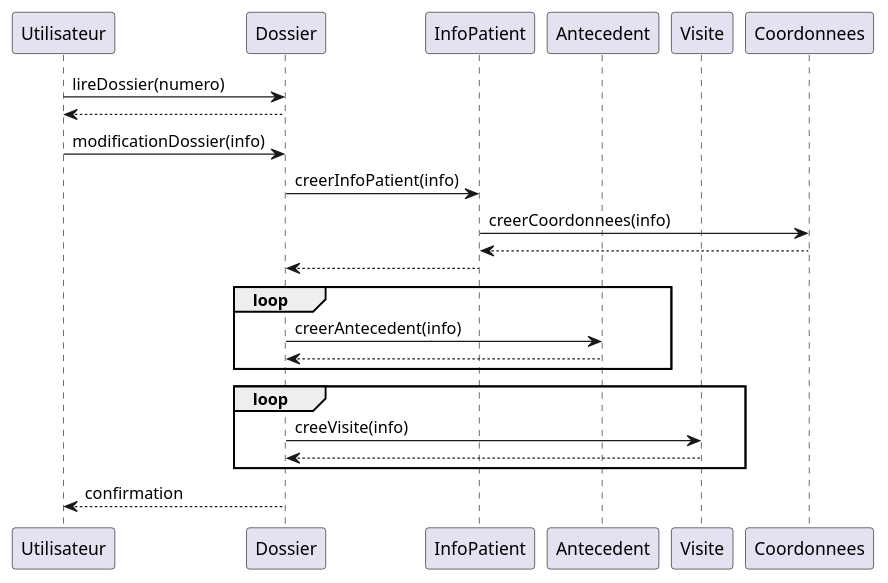
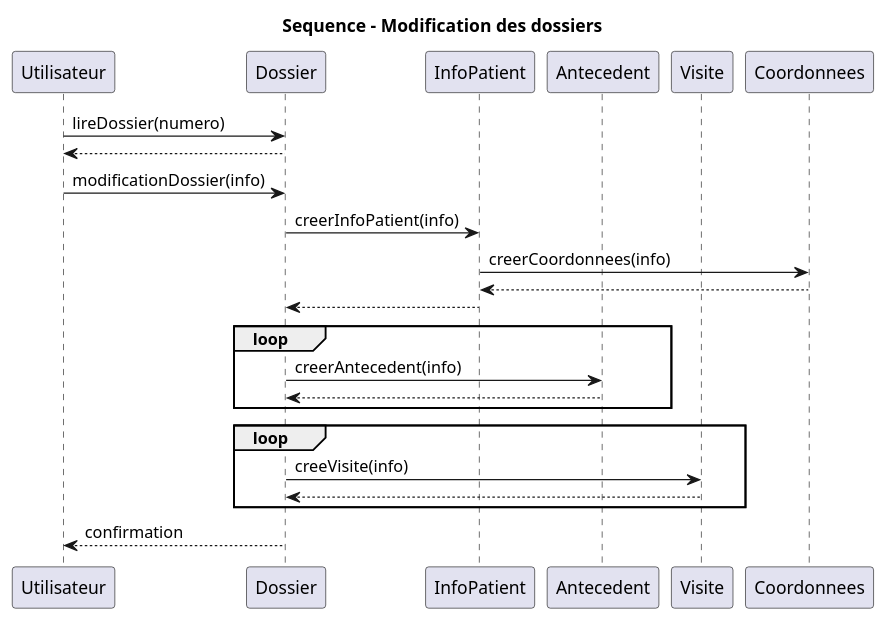
One commit to vbrayuqam/projet-genielog changed the diagram in sequenceModificationDossier.puml. Above: the diagram before and after it, drawn with PlantUML. The commit also changed 6 other files, not shown here.

```diff
--- a/sequenceModificationDossier.puml
+++ b/sequenceModificationDossier.puml
@@ -1,27 +1,29 @@
 @startuml sequenceModificationPatient
+
+title Sequence - Modification des dossiers
 
 participant Utilisateur as U
 participant Dossier as D
 participant InfoPatient as I
 participant Antecedent as A
 participant Visite as V
 participant Coordonnees as C
 
 U -> D: lireDossier(numero)
 D --> U
 U -> D: modificationDossier(info)
 D -> I: creerInfoPatient(info)
 I -> C: creerCoordonnees(info)
 C --> I
 I --> D
 loop
     D -> A: creerAntecedent(info)
     A --> D
 end
 loop
     D -> V: creeVisite(info)
     V --> D
 end
 D --> U: confirmation
 
 @enduml
```
